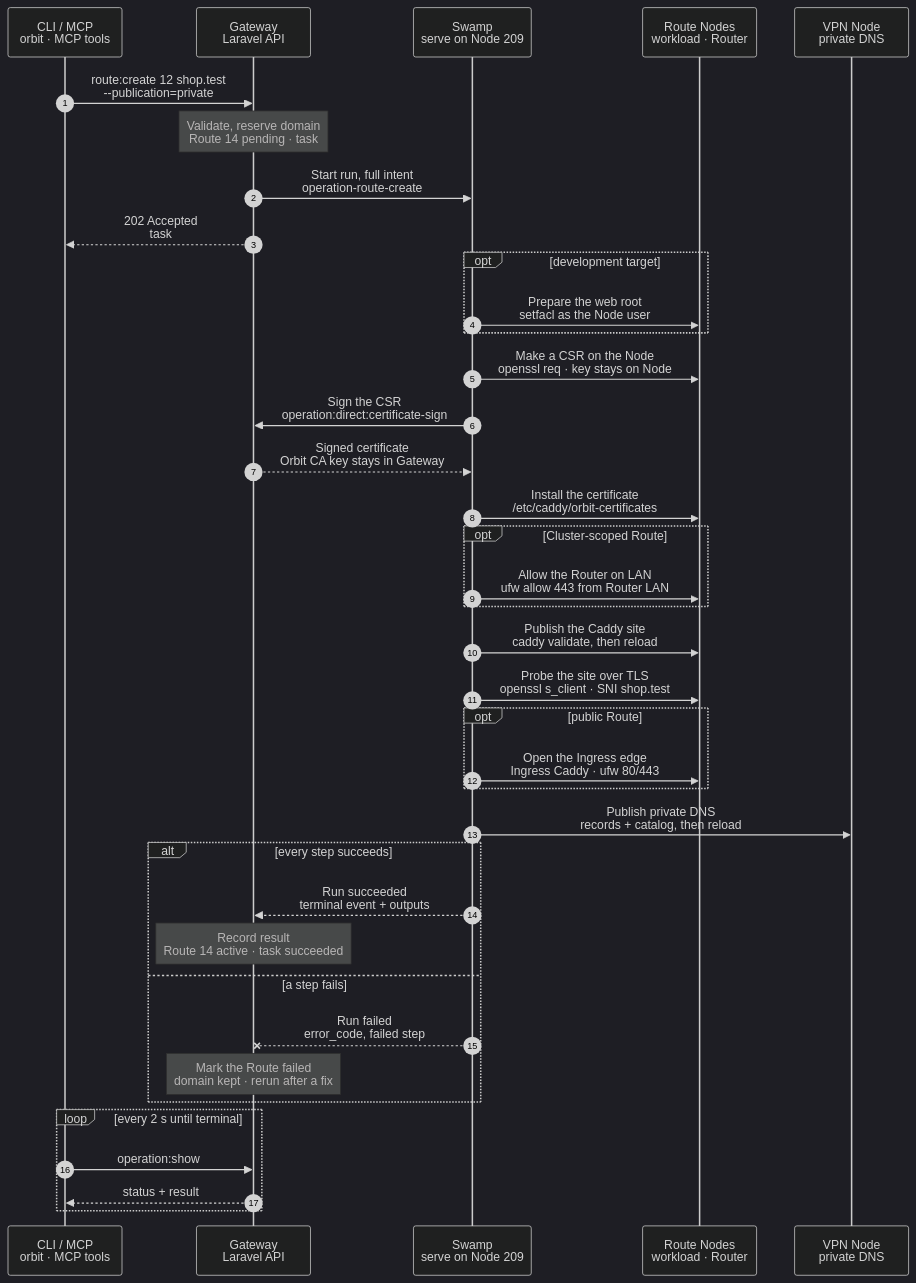
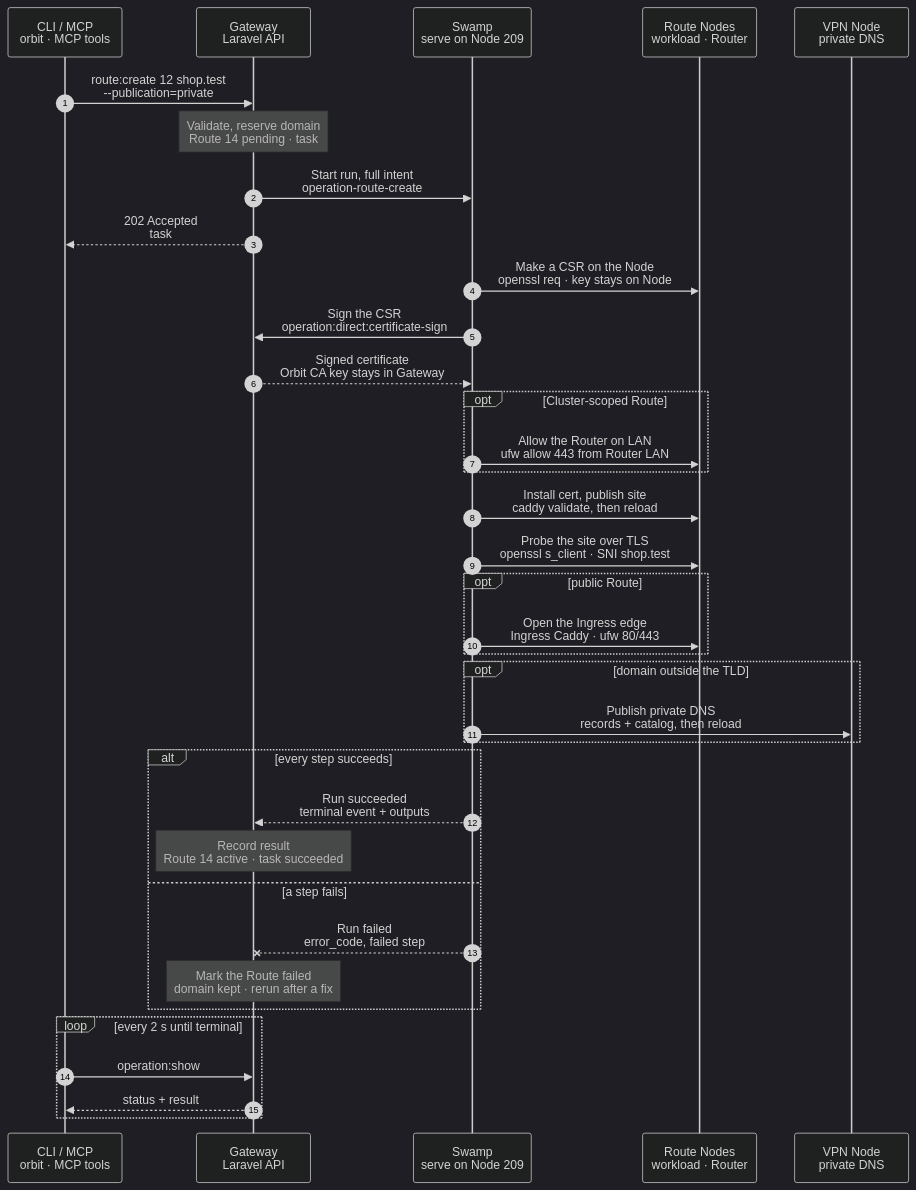
Before and after one commit to hardimpactdev/orbit: the diagram in docs/flows/route.create.mmd, drawn with Mermaid (dark theme).

Commit message:
docs(flows): route.create simplification

```diff
--- a/docs/flows/route.create.mmd
+++ b/docs/flows/route.create.mmd
@@ -1,162 +1,155 @@
 sequenceDiagram
-  %% Target design: ADR 0244 task, DECISIONS R1-R4, no DNS hold (Nick 2026-11-02), firewall.allow shape, Gateway signs CSRs (root-of-trust), single-swamp-node. docs/cli/route.mdx, docs/reference/routes.md.
+  %% Target design: ADR 0244 task, DECISIONS R1-R4, no DNS hold, TLD-wide private DNS, web root at instance:create, cert+site one step (Nick 2026-11-02), firewall.allow shape, Gateway signs CSRs (root-of-trust), single-swamp-node. docs/cli/route.mdx, docs/reference/routes.md.
   %% status: draft
   %% command: route:create
   autonumber
   %% lane CLI icon=terminal pill=caller tone=gray
   %% lane GW icon=gateway pill=intent tone=blue
   %% lane SW icon=workflow pill=executes tone=green
   %% lane N icon=server pill=target tone=amber
   %% lane V icon=server pill=target tone=purple
   participant CLI as CLI / MCP<br/>orbit · MCP tools
   participant GW as Gateway<br/>Laravel API
   participant SW as Swamp<br/>serve on Node 209
   participant N as Route Nodes<br/>workload · Router
   participant V as VPN Node<br/>private DNS
   CLI->>GW: route:create 12 shop.test<br/>--publication=private
   %%> Command:
   %%> - `orbit route:create 12 shop.test --publication=private`
   %%> - syntax: `<instance> <domain> [--publication=private|public] [--web-root=PATH]`
   %%> Other forms:
   %%> - custom proxy: `<domain> --node=NODE --upstream=URL` or `<domain> --node=NODE --process=PROCESS`
   %%> - public Process Route: `<domain> --process=PROCESS [--ingress=NODE] --publication=public`
   %%> Input:
   %%> - Instance 12 sets the Project and the scope: its Node, or its active Cluster
   %%> - the domain; the Gateway normalizes it
   %%> - publication is `private` unless you ask for `public`
   %%> Who can call it:
   %%> - the `orbit` CLI and the MCP tool send the same request
   Note over GW: Validate, reserve domain<br/>Route 14 pending · task #5120
   %%> Requirements:
   %%> - your Node has an access grant to Node 7, the Node of Instance 12
   %%> - Instance 12 is active and has a supported web root
   %%> - the domain is valid, free, and not a reserved name such as `gateway.orbit`
   %%> - Instance 12 has no other Route without a web root (`route.target_conflict`)
   %%> - a Cluster-scoped Route needs an active Router (`route.router_required`)
   %%> - a public Route needs production targets and a serving Ingress
   %%> Locks:
   %%> - the projection lock and the Instance environment owner of Instance 12
   %%> - a busy lock is waited for up to 30 s, then `app-dev.projection_busy`
   %%> Builds:
   %%> - the Caddy site blocks for every affected Node, the certificate leaves, the LAN tuples and the private DNS records
   %%> Result:
   %%> - Route 14 recorded as `pending`, unpublished, with the domain reserved
   %%> - task #5120 recorded with the full intent
   %%> - nothing has happened on a Node yet
   GW->>SW: Start run, full intent<br/>operation-route-create
   %%> What it does:
   %%> - starts one Swamp run on serve (Node 209)
   %%> Inputs:
   %%> - the rendered Caddy blocks before and after, per Node
   %%> - the certificate leaves: Node, scope, domain, Node user
   %%> - LAN tuples, DNS records, probes, and each Node's address and SSH host keys
   %%> - production `.env` material only as vault key names in `orbit-control-inputs` (R3)
   %%> - the SSH identity comes from the `swamp` role
   GW-->>CLI: 202 Accepted<br/>task #5120
   %%> What you get:
   %%> - the task number, at once
   %%> Next:
   %%> - the CLI follows the task with `operation:show`
-  opt development target
-    SW->>N: Prepare the web root<br/>setfacl as the Node user
-    %%> What it does:
-    %%> - denies Caddy the rest of the checkout and its Git directory
-    %%> - grants Caddy read access to the web root, and passage through the directories above it
-    %%> - converges the shared PHP-FPM pool for Instance 12
-    %%> Runs as:
-    %%> - the Node's managed user; root only above every checkout
-    %%> When:
-    %%> - the target is a development Instance; production releases already have access
-  end
   SW->>N: Make a CSR on the Node<br/>openssl req · key stays on Node
   %%> How:
   %%> - Swamp reaches Node 7, and the Router for a Cluster Route, over `@swamp/ssh` from 209
   %%> What it does:
   %%> - makes a new private key and a certificate request for `shop.test`
   %%> - returns only the public CSR to Swamp
   %%> Why:
   %%> - the private key never leaves the Node
   SW->>GW: Sign the CSR<br/>operation:direct:certificate-sign
   %%> What it does:
   %%> - sends the CSRs with task #5120 and the run id
   %%> Why:
   %%> - the Orbit CA key stays in the Gateway; signing is the one step that calls the Gateway
   %%> Requirements:
   %%> - the Gateway checks the task, the run, and that each CSR matches an admitted leaf
   GW-->>SW: Signed certificate<br/>Orbit CA key stays in Gateway
   %%> Returns:
   %%> - one public certificate bundle per leaf
-  SW->>N: Install the certificate<br/>/etc/caddy/orbit-certificates
-  %%> What it does:
-  %%> - writes the certificate next to its key, owned `root:caddy`, mode 0750
-  %%> - reads it back and checks it matches the key and the domain
   opt Cluster-scoped Route
     SW->>N: Allow the Router on LAN<br/>ufw allow 443 from Router LAN
     %%> What it does:
     %%> - on the workload Node, allows TCP 443 from the Router's LAN address
     %%> - an identical tuple that another Route uses is left as it is
     %%> Why:
     %%> - the Router forwards to the workload over LAN, with no WireGuard fallback
   end
-  SW->>N: Publish the Caddy site<br/>caddy validate, then reload
+  SW->>N: Install cert, publish site<br/>caddy validate, then reload
   %%> What it does:
+  %%> - writes the certificate next to its key, owned `root:caddy`, mode 0750, and checks it matches the key and domain
   %%> - writes the new site blocks into the Caddyfile of each affected Node
   %%> - validates the whole file, then reloads Caddy
   %%> Why reload:
   %%> - a reload keeps open connections; Caddy is never restarted (rule 7)
   %%> Refuses:
   %%> - a validation error; the old Caddyfile stays in place
+  %%> Why one step:
+  %%> - same Node, back to back; the certificate never sits on the Node without its site
   SW->>N: Probe the site over TLS<br/>openssl s_client · SNI shop.test
   %%> What it does:
   %%> - connects from 209 to the workload, or the Router, on port 443 with the Route domain as SNI
   %%> - requires a chain the Orbit root trusts
   %%> Why:
   %%> - the Route only counts as served when the probe passes
   %%> Not included:
   %%> - the application's own HTTP answer; a 500 does not fail the Route
   opt public Route
     SW->>N: Open the Ingress edge<br/>Ingress Caddy · ufw 80/443
     %%> What it does:
     %%> - publishes the public site on the Ingress, with `tls force_automate` for Let's Encrypt
     %%> - opens `orbit:ingress-http` and `orbit:ingress-https` when they are closed
     %%> Not included:
     %%> - the public DNS record; you create it yourself
     %%> - waiting for Let's Encrypt; Caddy retries on its own
   end
-  SW->>V: Publish private DNS<br/>records + catalog, then reload
-  %%> What it does:
-  %%> - adds `shop.test`, pointing at Node 7, or at the Router for a Cluster Route
-  %%> - checks the loaded catalog and a DNS reply
-  %%> Order:
-  %%> - DNS goes last, so a name only resolves when its site serves
+  opt domain outside the TLD
+    SW->>V: Publish private DNS<br/>records + catalog, then reload
+    %%> What it does:
+    %%> - adds the domain, for example `shop.nick.dev`, pointing at Node 7, or at the Router for a Cluster Route
+    %%> - checks the loaded catalog and a DNS reply
+    %%> Order:
+    %%> - DNS goes last, so a name only resolves when its site serves
+    %%> When:
+    %%> - only when the domain is outside the TLD of Node 7 or its Cluster
+    %%> - `shop.test` needs no record: private DNS already answers all of `.test` with Node 7
+  end
   alt every step succeeds
     SW-->>GW: Run succeeded<br/>terminal event + outputs
     %%> How the Gateway learns it:
     %%> - its shared run reader sees the terminal event; Swamp never calls the Gateway
     Note over GW: Record result<br/>Route 14 active · task succeeded
     %%> Result:
     %%> - Route 14 becomes `active` and Instance 12 shows `https://shop.test`
     %%> - task #5120 succeeds
   else a step fails
     SW--xGW: Run failed<br/>error_code, failed step
     %%> The Gateway reads:
     %%> - which step failed and its error code
     Note over GW: Mark the Route failed<br/>domain kept · rerun after a fix
     %%> Result:
     %%> - Route 14 is marked `failed` with `failed_step` and `error_code`; the domain stays reserved
     %%> - task #5120 fails
     %%> On the Node:
     %%> - what the run added stays; there is no rollback
-    %%> - that is safe: no private DNS name points at the new site yet, and the record shows `failed`
+    %%> - that is safe: Route 14 shows `failed`, and a rerun converges the same state
     %%> Retry:
     %%> - run the same command again after fixing the cause; it is a new task and skips finished steps
     %%> - to give up instead, run `route:destroy 14`; it removes what the run added
   end
   loop every 2 s until terminal
     CLI->>GW: operation:show #5120
     %%> What it does:
     %%> - asks for the task's status every 2 seconds until it has ended
     GW-->>CLI: status + result
     %%> Returns:
     %%> - the current status, and the result once the task has ended
   end
```
